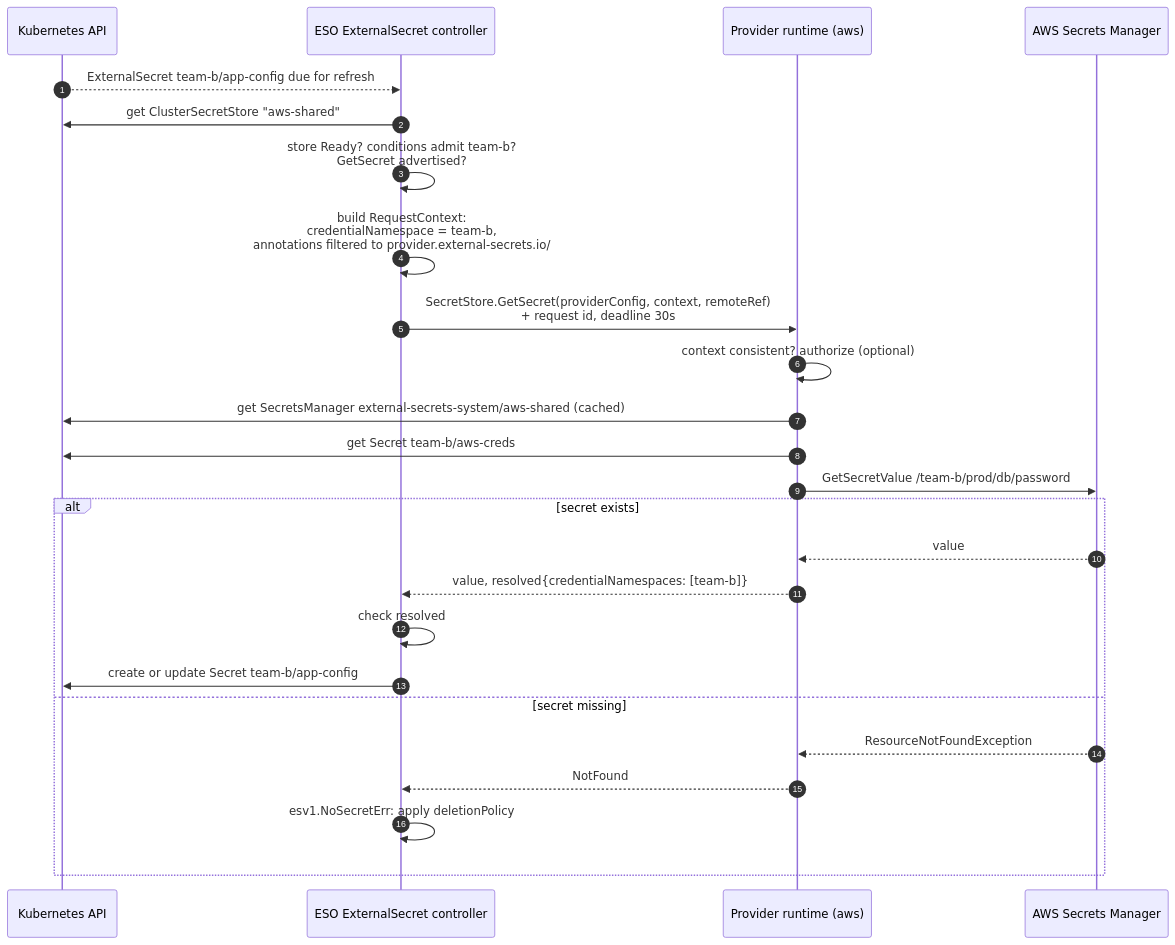
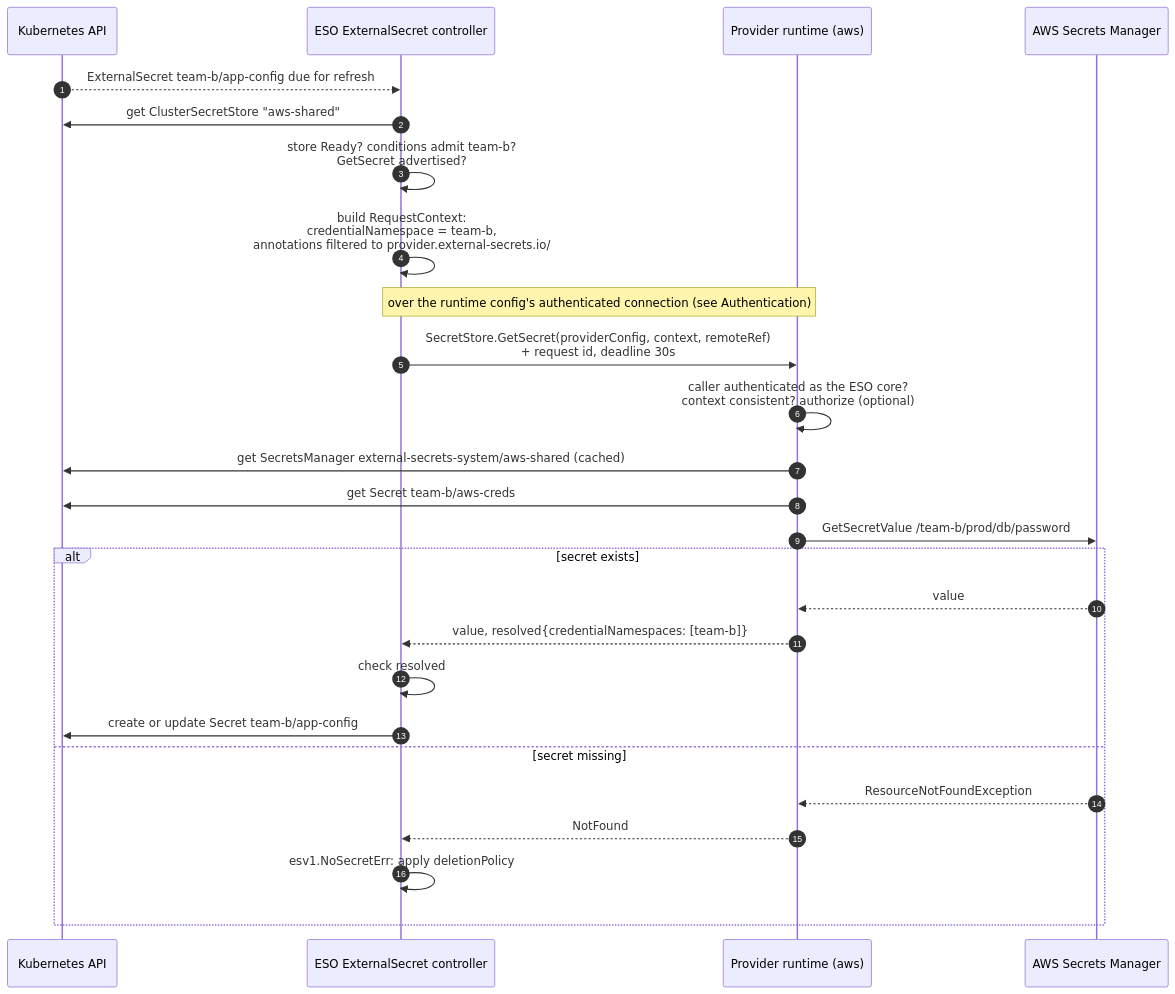
The fourth of 5 diagrams in design/014/PROTOCOL.md (external-secrets/external-secrets), drawn with Mermaid before and after one commit. The commit also changed other lines of this file and 4 other files, not shown here.

````diff
--- a/design/014/PROTOCOL.md
+++ b/design/014/PROTOCOL.md
@@ -243,28 +343,29 @@
 ```mermaid
 sequenceDiagram
     autonumber
     participant K as Kubernetes API
     participant EC as ESO ExternalSecret controller
     participant P as Provider runtime (aws)
     participant B as AWS Secrets Manager
 
     K-->>EC: ExternalSecret team-b/app-config due for refresh
     EC->>K: get ClusterSecretStore "aws-shared"
     EC->>EC: store Ready? conditions admit team-b?<br/>GetSecret advertised?
     EC->>EC: build RequestContext:<br/>credentialNamespace = team-b,<br/>annotations filtered to provider.external-secrets.io/
+    Note over EC,P: over the runtime config's authenticated connection (see Authentication)
     EC->>P: SecretStore.GetSecret(providerConfig, context, remoteRef)<br/>+ request id, deadline 30s
-    P->>P: context consistent? authorize (optional)
+    P->>P: caller authenticated as the ESO core?<br/>context consistent? authorize (optional)
     P->>K: get SecretsManager external-secrets-system/aws-shared (cached)
     P->>K: get Secret team-b/aws-creds
     P->>B: GetSecretValue /team-b/prod/db/password
     alt secret exists
         B-->>P: value
         P-->>EC: value, resolved{credentialNamespaces: [team-b]}
         EC->>EC: check resolved
         EC->>K: create or update Secret team-b/app-config
     else secret missing
         B-->>P: ResourceNotFoundException
         P-->>EC: NotFound
         EC->>EC: esv1.NoSecretErr: apply deletionPolicy
     end
 ```
````
